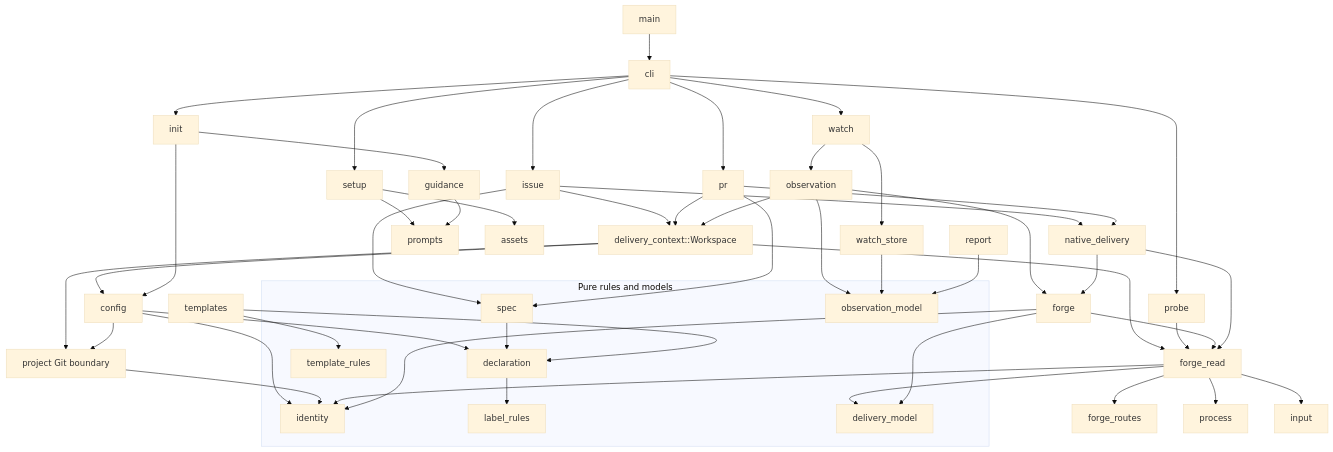
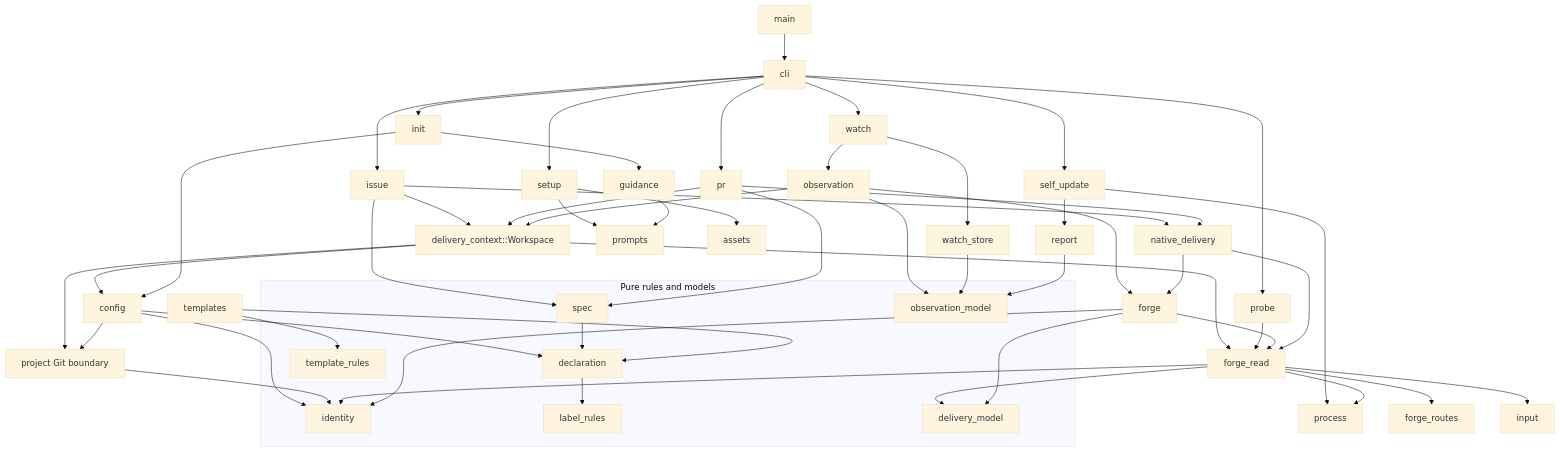
Before and after one commit to LeXwDeX/SpecGit: the diagram in docs/architecture.md, drawn with Mermaid (base theme). The commit also changed other lines of this file and 17 other files, not shown here.

````diff
--- a/docs/architecture.md
+++ b/docs/architecture.md
@@ -37,64 +38,67 @@
 ```mermaid
 flowchart TD
   main --> cli
   cli --> init
   cli --> setup
   cli --> issue
   cli --> pr
   cli --> probe
   cli --> watch
+  cli --> self_update
+  self_update --> process
+  self_update --> report
 
   issue --> workspace[delivery_context::Workspace]
   pr --> workspace
   issue --> spec
   pr --> spec
   issue --> native_delivery
   pr --> native_delivery
   workspace --> config
   workspace --> project_git[project Git boundary]
   workspace --> forge_read
 
   init --> guidance
   init --> config
   setup --> prompts
   setup --> assets
   guidance --> prompts
   config --> declaration
   config --> identity
   config --> project_git
   project_git --> identity
   spec --> declaration
   templates --> declaration
   templates --> template_rules
   declaration --> label_rules
 
   probe --> forge_read
   watch --> observation
   watch --> watch_store
   observation --> workspace
   observation --> forge
   observation --> observation_model
   watch_store --> observation_model
   report --> observation_model
 
   forge_read --> forge_routes
   forge_read --> identity
   forge_read --> process
   forge_read --> input
   forge_read --> delivery_model
   forge --> forge_read
   forge --> identity
   forge --> delivery_model
   native_delivery --> forge
   native_delivery --> forge_read
 
   subgraph pure[Pure rules and models]
     declaration
     identity
     label_rules
     template_rules
     spec
     delivery_model
     observation_model
   end
 ```
````
